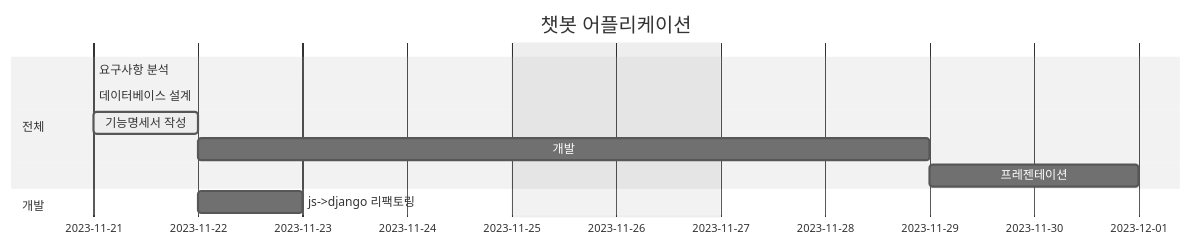
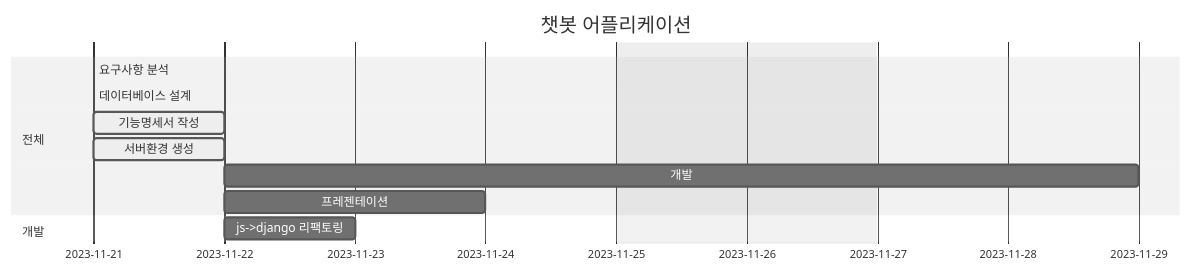
One commit to jmp7911/mid2_django_drf changed the first of 2 diagrams in readme.md. Above: the diagram before and after it, drawn with Mermaid (neutral theme). The commit also changed other lines of this file and 3 other files, not shown here.

````diff
--- a/readme.md
+++ b/readme.md
@@ -47,19 +47,20 @@
 ```mermaid
 gantt
     dateFormat  YYYY-MM-DD
     title       챗봇 어플리케이션
     excludes    weekends
     %% (`excludes` accepts specific dates in YYYY-MM-DD format, days of the week ("sunday") or "weekends", but not the word "weekdays".)
 
     section  전체
     요구사항 분석            :done,    des1, 2023-11-21, 0d
     데이터베이스 설계         :done,  des2, 2023-11-21, 0d
     기능명세서 작성         :active,  des2, 2023-11-21, 1d
-    개발                   : des3, after des2, 5d
-    프레젠테이션             :des4, after des3, 2d
+    서버환경 생성         :active,  des3, 2023-11-21, 1d
+    개발                   : des4, after des2, 5d
+    프레젠테이션             :des5, after des3, 2d
 
     section  개발
-    js->django 리팩토링           :    dev1, after des2, 1d
+    js->django 리팩토링           :    dev1, after des3, 1d
     
     
 ```
````
